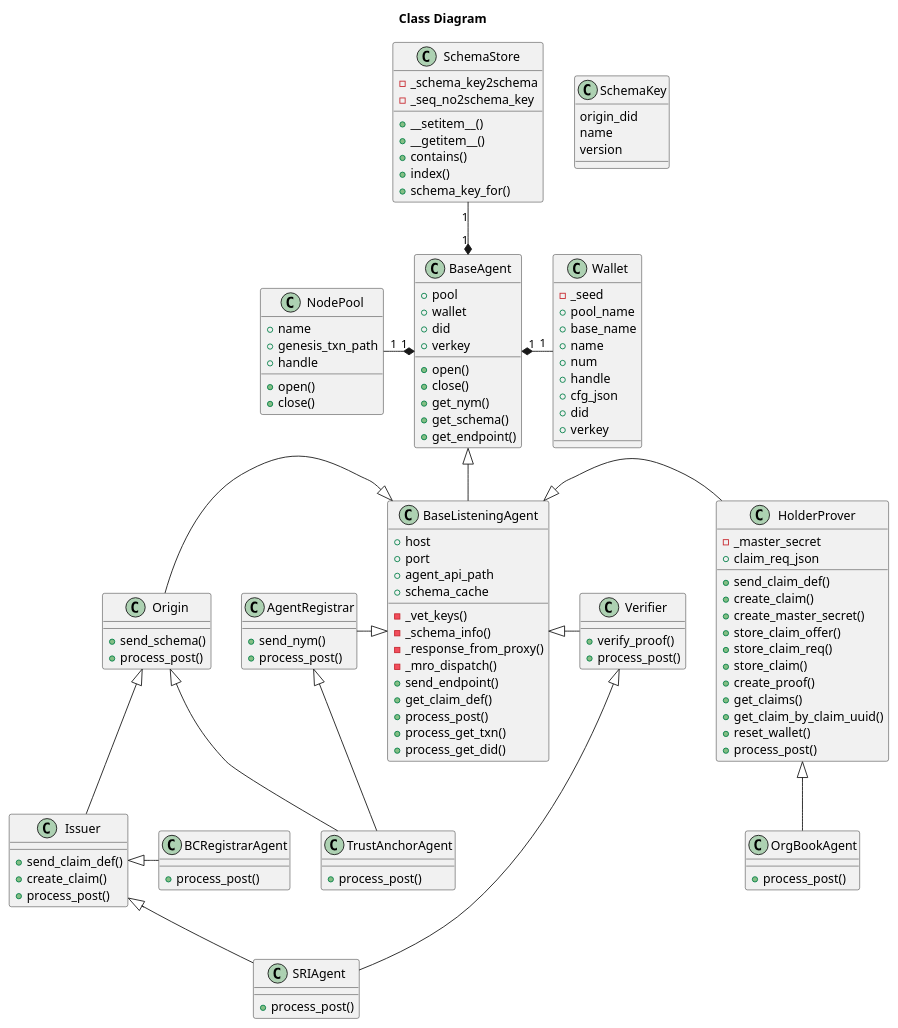
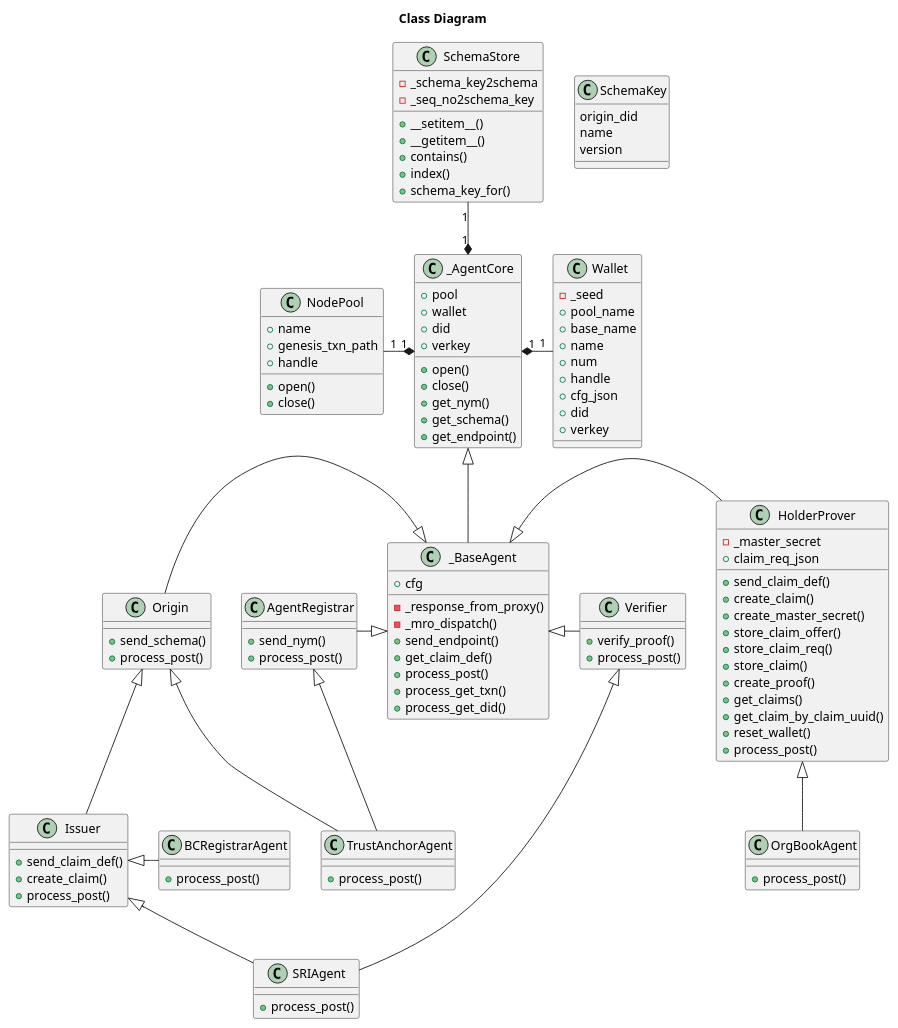
One commit to PSPC-SPAC-buyandsell/von_base changed the diagram in doc/pic/src/class.puml. Above: the diagram before and after it, drawn with PlantUML. The commit also changed 2 other files, not shown here.

```diff
--- a/doc/pic/src/class.puml
+++ b/doc/pic/src/class.puml
@@ -1,158 +1,153 @@
 @startuml
 /'
 Copyright 2017-2018 Government of Canada - Public Services and Procurement Canada - buyandsell.gc.ca
 
 Licensed under the Apache License, Version 2.0 (the "License");
 you may not use this file except in compliance with the License.
 You may obtain a copy of the License at
 
 http://www.apache.org/licenses/LICENSE-2.0
 
 Unless required by applicable law or agreed to in writing, software
 distributed under the License is distributed on an "AS IS" BASIS,
 WITHOUT WARRANTIES OR CONDITIONS OF ANY KIND, either express or implied.
 See the License for the specific language governing permissions and
 limitations under the License.
 '/
 
 title Class Diagram
 
 class SchemaKey {
     origin_did
     name
     version
 }
 
 class SchemaStore {
     -_schema_key2schema
     -_seq_no2schema_key
     +__setitem__()
     +__getitem__()
     +contains()
     +index()
     +schema_key_for()
 }
 
 class Wallet {
     -_seed
     +pool_name
     +base_name
     +name
     +num
     +handle
     +cfg_json
     +did
     +verkey
 }
 
 class NodePool {
     +name
     +genesis_txn_path
     +handle
     +open()
     +close()
 }
 
-class BaseAgent {
+class _AgentCore {
     +pool
     +wallet
     +did
     +verkey
     +open()
     +close()
     +get_nym()
     +get_schema()
     +get_endpoint()
 }
 
-class BaseListeningAgent {
-    +host
-    +port
-    +agent_api_path
-    +schema_cache
-    -_vet_keys()
-    -_schema_info()
+class _BaseAgent {
+    +cfg
     -_response_from_proxy()
     -_mro_dispatch()
     +send_endpoint()
     +get_claim_def()
     +process_post()
     +process_get_txn()
     +process_get_did()
 }
 
 class AgentRegistrar {
     +send_nym()
     +process_post()
 }
 
 class Origin {
     +send_schema()
     +process_post()
 }
 
 class Issuer {
     +send_claim_def()
     +create_claim()
     +process_post()
 }
 
 class HolderProver {
     -_master_secret
     +claim_req_json
     +send_claim_def()
     +create_claim()
     +create_master_secret()
     +store_claim_offer()
     +store_claim_req()
     +store_claim()
     +create_proof()
     +get_claims()
     +get_claim_by_claim_uuid()
     +reset_wallet()
     +process_post()
 }
 
 class Verifier {
     +verify_proof()
     +process_post()
 }
 
 class TrustAnchorAgent {
     +process_post()
 }
 
 class SRIAgent {
     +process_post()
 }
 
 class BCRegistrarAgent {
     +process_post()
 }
 
 class OrgBookAgent {
     +process_post()
 }
 
-BaseAgent "1" *-up- "1" SchemaStore
-BaseAgent "1" *-left- "1" NodePool
-BaseAgent "1" *-right- "1" Wallet
+_AgentCore "1" *-up- "1" SchemaStore
+_AgentCore "1" *-left- "1" NodePool
+_AgentCore "1" *-right- "1" Wallet
 
-BaseAgent <|-down- BaseListeningAgent
-BaseListeningAgent <|-left- AgentRegistrar
-BaseListeningAgent <|-left- Origin
-BaseListeningAgent <|-right- HolderProver
-BaseListeningAgent <|-right- Verifier
+_AgentCore <|-down- _BaseAgent
+_BaseAgent <|-left- AgentRegistrar
+_BaseAgent <|-left- Origin
+_BaseAgent <|-right- HolderProver
+_BaseAgent <|-right- Verifier
 
 AgentRegistrar <|-down- TrustAnchorAgent
 Origin <|-down- TrustAnchorAgent
 Origin <|-down- Issuer
 
 Issuer <|-down- SRIAgent
 Verifier <|-down- SRIAgent
 
 Issuer <|- BCRegistrarAgent
 
 HolderProver <|-down- OrgBookAgent
 
 @enduml
```
